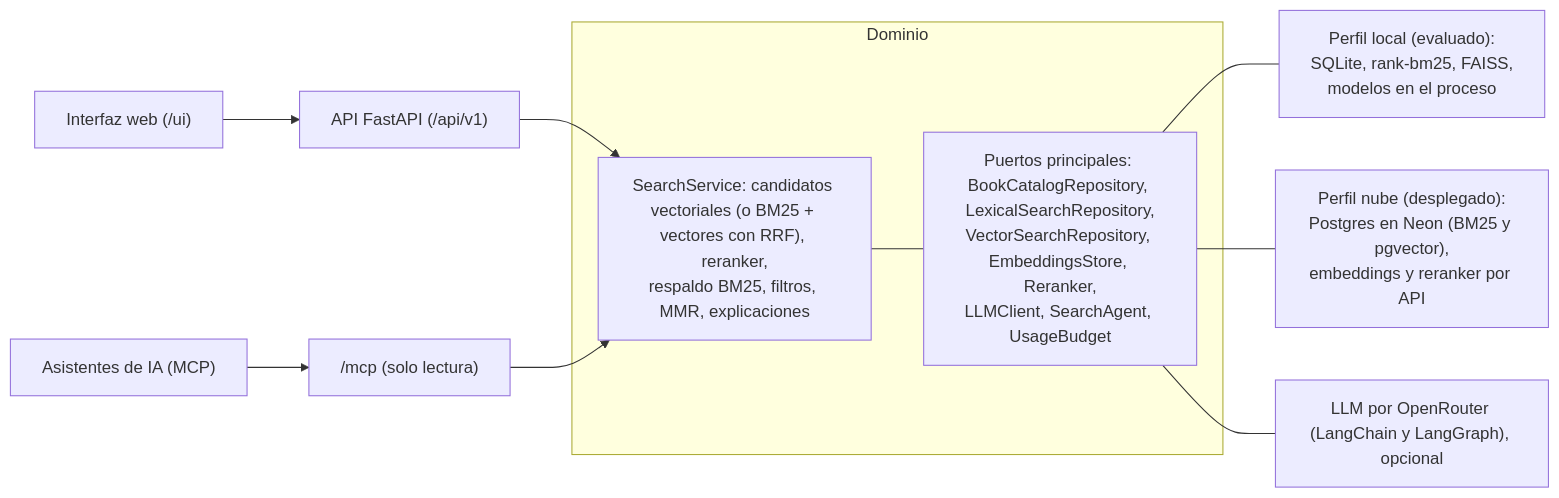
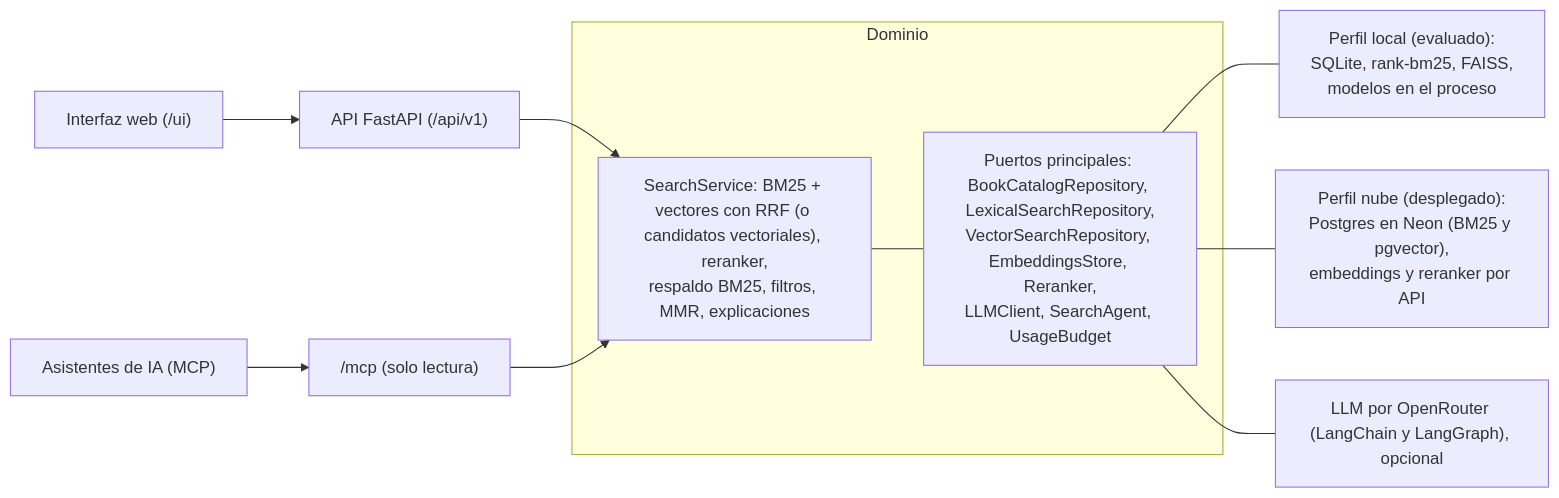
Before and after one commit to luisgius/AI-Book-recommender: the first of 2 diagrams in README.md, drawn with Mermaid. The commit also changed other lines of this file and 21 other files, not shown here.

````diff
--- a/README.md
+++ b/README.md
@@ -155,15 +157,15 @@
 ```mermaid
 flowchart LR
     UI["Interfaz web (/ui)"] --> API
     MCPC["Asistentes de IA (MCP)"] --> MCP["/mcp (solo lectura)"]
     API["API FastAPI (/api/v1)"] --> S
     MCP --> S
     subgraph Dominio
-      S["SearchService: candidatos vectoriales (o BM25 + vectores con RRF), reranker,<br/>respaldo BM25, filtros, MMR, explicaciones"]
+      S["SearchService: BM25 + vectores con RRF (o candidatos vectoriales), reranker,<br/>respaldo BM25, filtros, MMR, explicaciones"]
       P["Puertos principales: BookCatalogRepository, LexicalSearchRepository,<br/>VectorSearchRepository, EmbeddingsStore, Reranker,<br/>LLMClient, SearchAgent, UsageBudget"]
     end
     S --- P
     P --- L["Perfil local (evaluado):<br/>SQLite, rank-bm25, FAISS,<br/>modelos en el proceso"]
     P --- C["Perfil nube (desplegado):<br/>Postgres en Neon (BM25 y pgvector),<br/>embeddings y reranker por API"]
     P --- LLM["LLM por OpenRouter (LangChain y LangGraph), opcional"]
 ```
````
